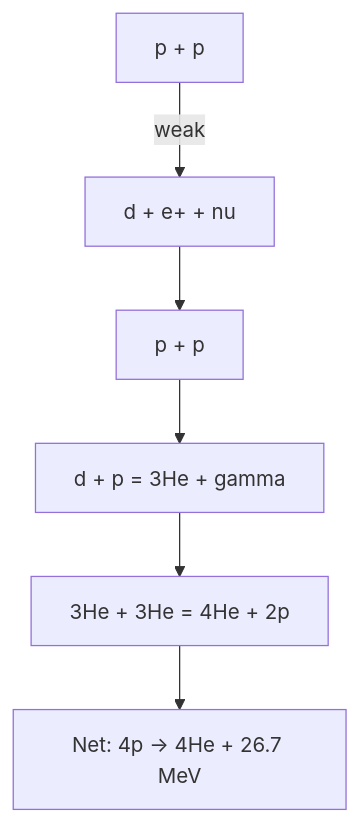
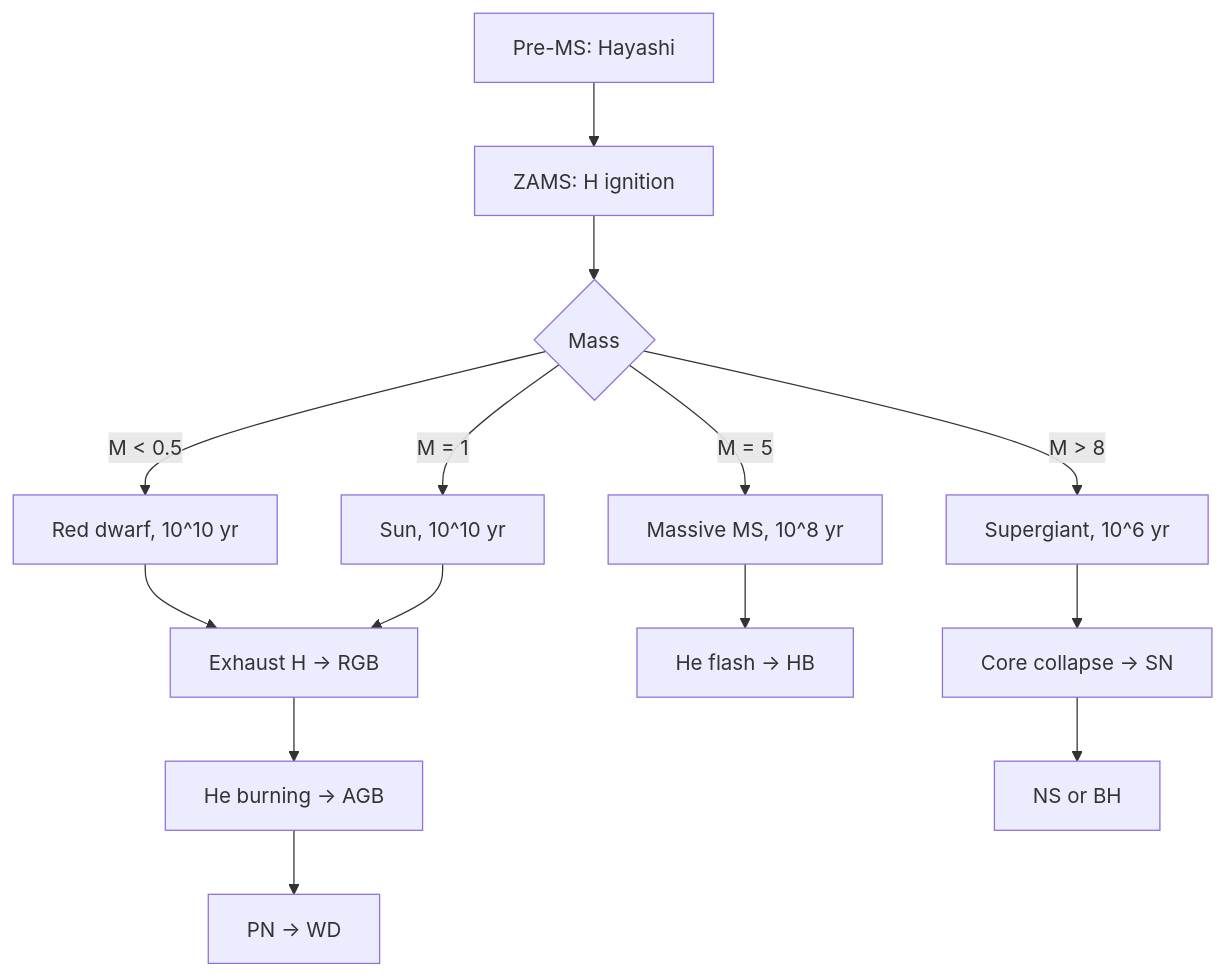
Before and after one commit to yip-lgtm/PhysicsSelfStudy: the fifth of 7 diagrams in 01_BSc_Physics/electives/PHYS_3071_Stellar_Astrophysics/README.md, drawn with Mermaid. The commit also changed other lines of this file and 4 other files, not shown here.

````diff
--- a/01_BSc_Physics/electives/PHYS_3071_Stellar_Astrophysics/README.md
+++ b/01_BSc_Physics/electives/PHYS_3071_Stellar_Astrophysics/README.md
@@ -150,8 +697,16 @@
 ```mermaid
 graph TD
-    A[p + p] -->|weak| B[d + e+ + nu]
-    B --> C[p + p]
-    C --> D[d + p = 3He + gamma]
-    D --> E[3He + 3He = 4He + 2p]
-    E --> F[Net: 4p -> 4He + 26.7 MeV]
+    A[Pre-MS: Hayashi] --> B[ZAMS: H ignition]
+    B --> C{Mass}
+    C -->|M < 0.5| D[Red dwarf, 10^10 yr]
+    C -->|M = 1| E[Sun, 10^10 yr]
+    C -->|M = 5| F[Massive MS, 10^8 yr]
+    C -->|M > 8| G[Supergiant, 10^6 yr]
+    D --> H[Exhaust H → RGB]
+    E --> H
+    F --> I[He flash → HB]
+    G --> J[Core collapse → SN]
+    H --> K[He burning → AGB]
+    J --> L[NS or BH]
+    K --> M[PN → WD]
 ```
````
